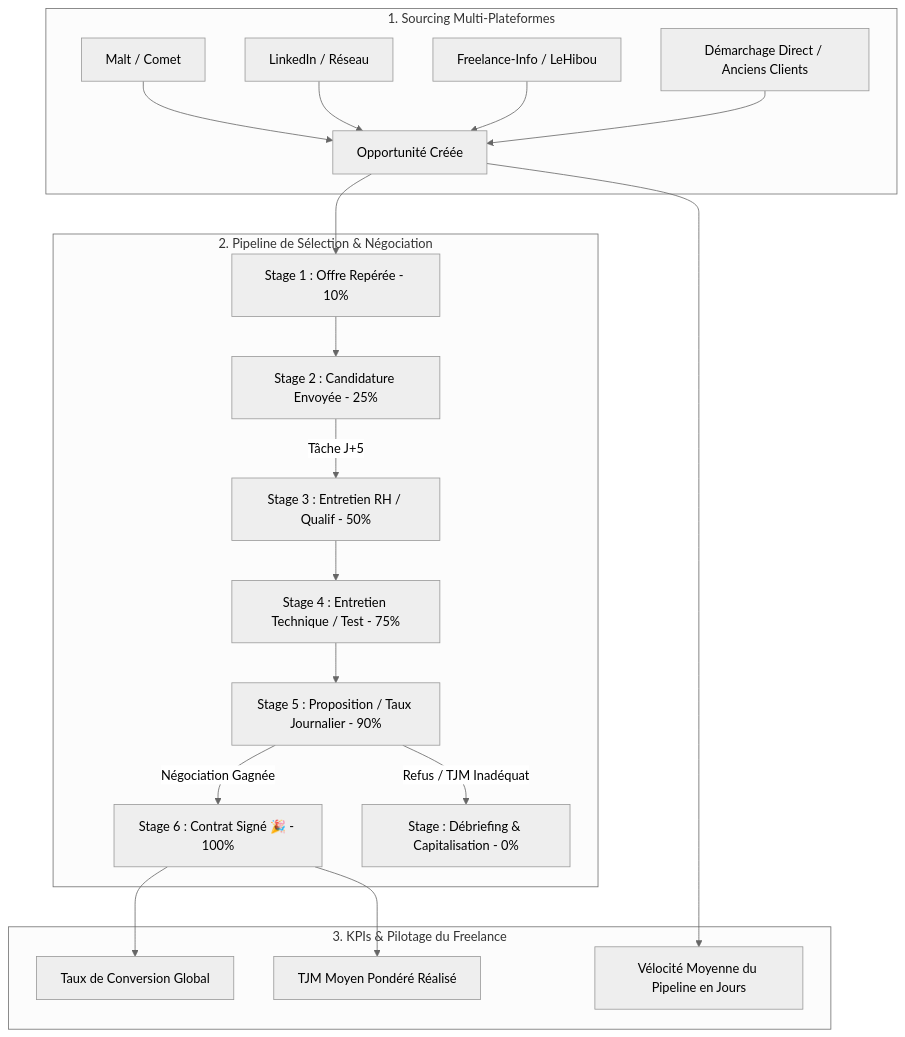
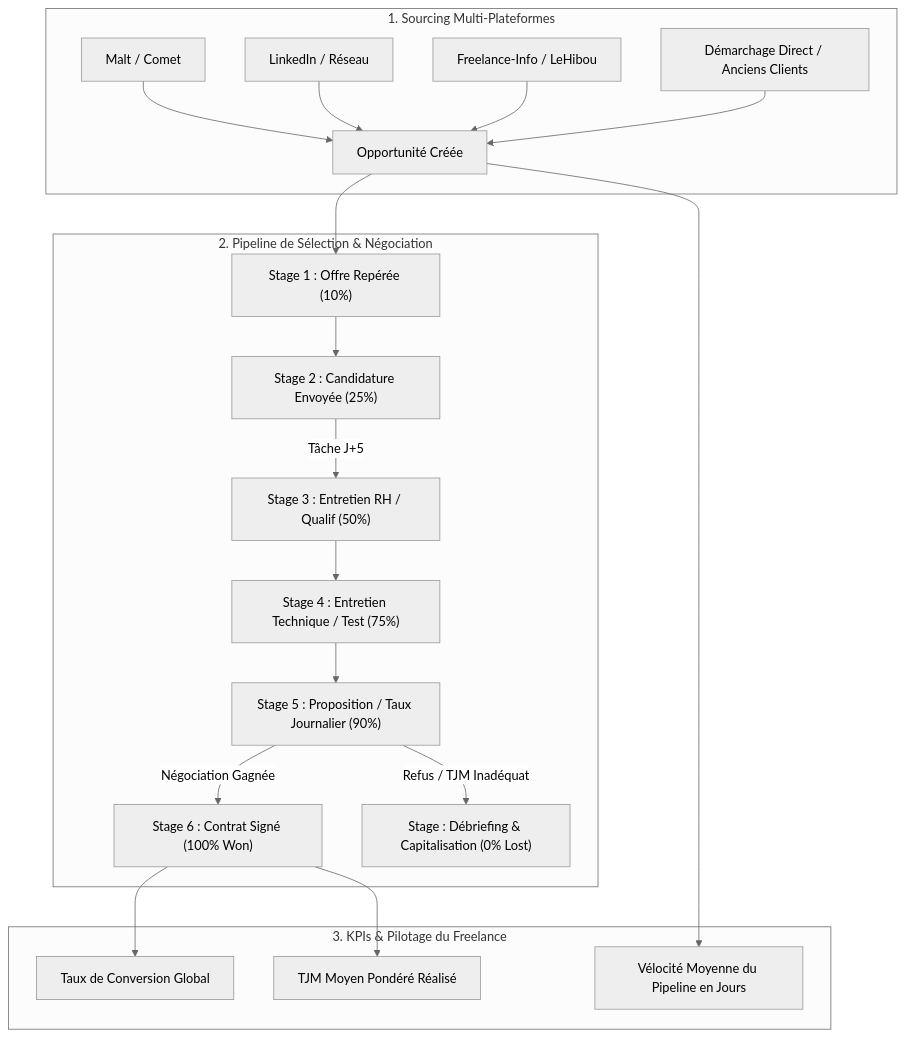
Before and after one commit to tawounfouet/pycrmkit: the diagram in .agents/skills/freelance-mission-hunter/workflow.md, drawn with Mermaid (neutral theme). The commit also changed other lines of this file and 33 other files, not shown here.

Commit message:
fix(docs): standardize relative markdown links, fix mermaid syntax and add ascii schemas

````diff
--- a/.agents/skills/freelance-mission-hunter/workflow.md
+++ b/.agents/skills/freelance-mission-hunter/workflow.md
@@ -13,25 +13,25 @@
 ```mermaid
 flowchart TD
     subgraph Sourcing ["1. Sourcing Multi-Plateformes"]
-        Malt[Malt / Comet] --> Lead[Opportunité Créée]
-        LI[LinkedIn / Réseau] --> Lead
-        FI[Freelance-Info / LeHibou] --> Lead
-        Direct[Démarchage Direct / Anciens Clients] --> Lead
+        Malt["Malt / Comet"] --> Lead["Opportunité Créée"]
+        LI["LinkedIn / Réseau"] --> Lead
+        FI["Freelance-Info / LeHibou"] --> Lead
+        Direct["Démarchage Direct / Anciens Clients"] --> Lead
     end
 
     subgraph Pipeline ["2. Pipeline de Sélection & Négociation"]
-        Lead --> S1[Stage 1 : Offre Repérée - 10%]
-        S1 --> S2[Stage 2 : Candidature Envoyée - 25%]
-        S2 -->|Tâche J+5| S3[Stage 3 : Entretien RH / Qualif - 50%]
-        S3 --> S4[Stage 4 : Entretien Technique / Test - 75%]
-        S4 --> S5[Stage 5 : Proposition / Taux Journalier - 90%]
-        S5 -->|Négociation Gagnée| Won[Stage 6 : Contrat Signé 🎉 - 100%]
-        S5 -->|Refus / TJM Inadéquat| Lost[Stage : Débriefing & Capitalisation - 0%]
+        Lead --> S1["Stage 1 : Offre Repérée (10%)"]
+        S1 --> S2["Stage 2 : Candidature Envoyée (25%)"]
+        S2 -->|"Tâche J+5"| S3["Stage 3 : Entretien RH / Qualif (50%)"]
+        S3 --> S4["Stage 4 : Entretien Technique / Test (75%)"]
+        S4 --> S5["Stage 5 : Proposition / Taux Journalier (90%)"]
+        S5 -->|"Négociation Gagnée"| Won["Stage 6 : Contrat Signé (100% Won)"]
+        S5 -->|"Refus / TJM Inadéquat"| Lost["Stage : Débriefing & Capitalisation (0% Lost)"]
     end
 
     subgraph Analytics ["3. KPIs & Pilotage du Freelance"]
-        Won --> KPI1[Taux de Conversion Global]
-        Won --> KPI2[TJM Moyen Pondéré Réalisé]
-        Lead --> KPI3[Vélocité Moyenne du Pipeline en Jours]
+        Won --> KPI1["Taux de Conversion Global"]
+        Won --> KPI2["TJM Moyen Pondéré Réalisé"]
+        Lead --> KPI3["Vélocité Moyenne du Pipeline en Jours"]
     end
 ```
````
